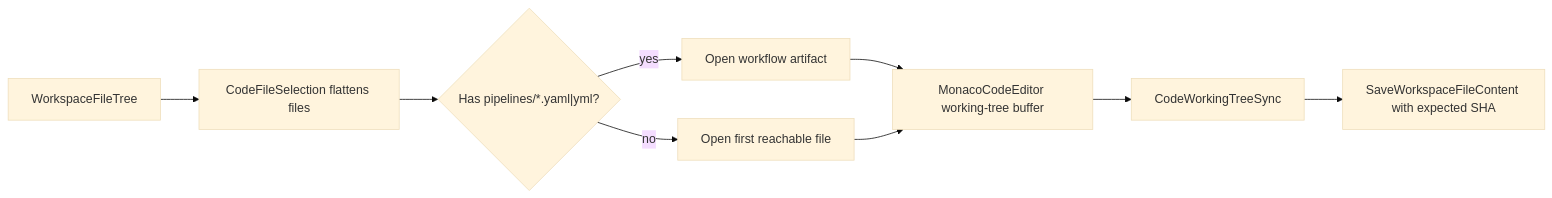
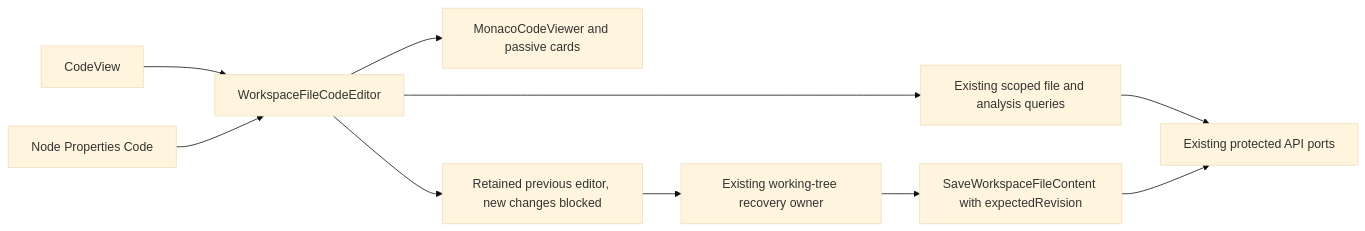
Before and after one commit to dunay2/dvt: the fourth of 4 diagrams in docs/architecture/components/web/code-workbench-workspace-files-component.md, drawn with Mermaid (base theme). The commit also changed other lines of this file and 84 other files, not shown here.

````diff
--- a/docs/architecture/components/web/code-workbench-workspace-files-component.md
+++ b/docs/architecture/components/web/code-workbench-workspace-files-component.md
@@ -362,20 +297,12 @@
 ```mermaid
 flowchart LR
-  Tree["WorkspaceFileTree"]
-  Flatten["CodeFileSelection flattens files"]
-  Workflow{"Has pipelines/*.yaml|yml?"}
-  WorkflowFile["Open workflow artifact"]
-  FirstFile["Open first reachable file"]
-  Editor["MonacoCodeEditor working-tree buffer"]
-  Sync["CodeWorkingTreeSync"]
-  Command["SaveWorkspaceFileContent with expected SHA"]
-
-  Tree --> Flatten
-  Flatten --> Workflow
-  Workflow -->|yes| WorkflowFile
-  Workflow -->|no| FirstFile
-  WorkflowFile --> Editor
-  FirstFile --> Editor
-  Editor --> Sync
-  Sync --> Command
+  ProjectCode["CodeView"] --> Shared["WorkspaceFileCodeEditor"]
+  NodeCode["Node Properties Code"] --> Shared
+  Shared --> Queries["Existing scoped file and analysis queries"]
+  Shared --> Viewer["MonacoCodeViewer and passive cards"]
+  Shared --> Previous["Retained previous editor, new changes blocked"]
+  Previous --> Recovery["Existing working-tree recovery owner"]
+  Recovery --> Command["SaveWorkspaceFileContent with expectedRevision"]
+  Queries --> Ports["Existing protected API ports"]
+  Command --> Ports
 ```
````
